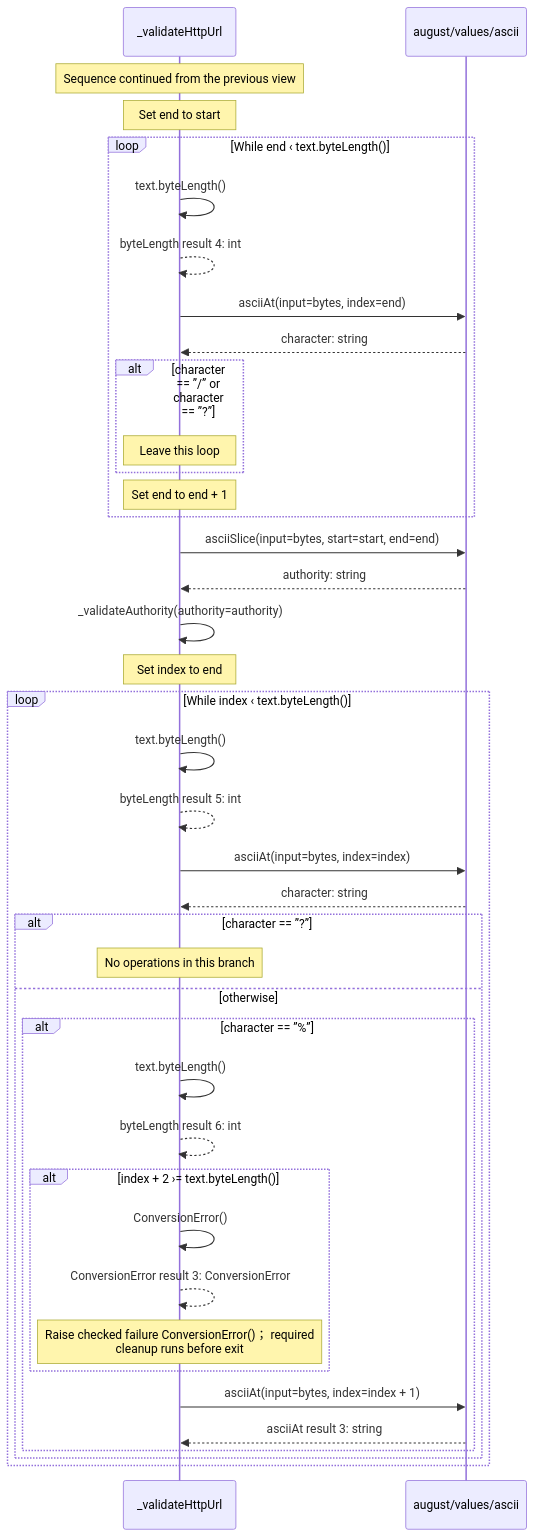
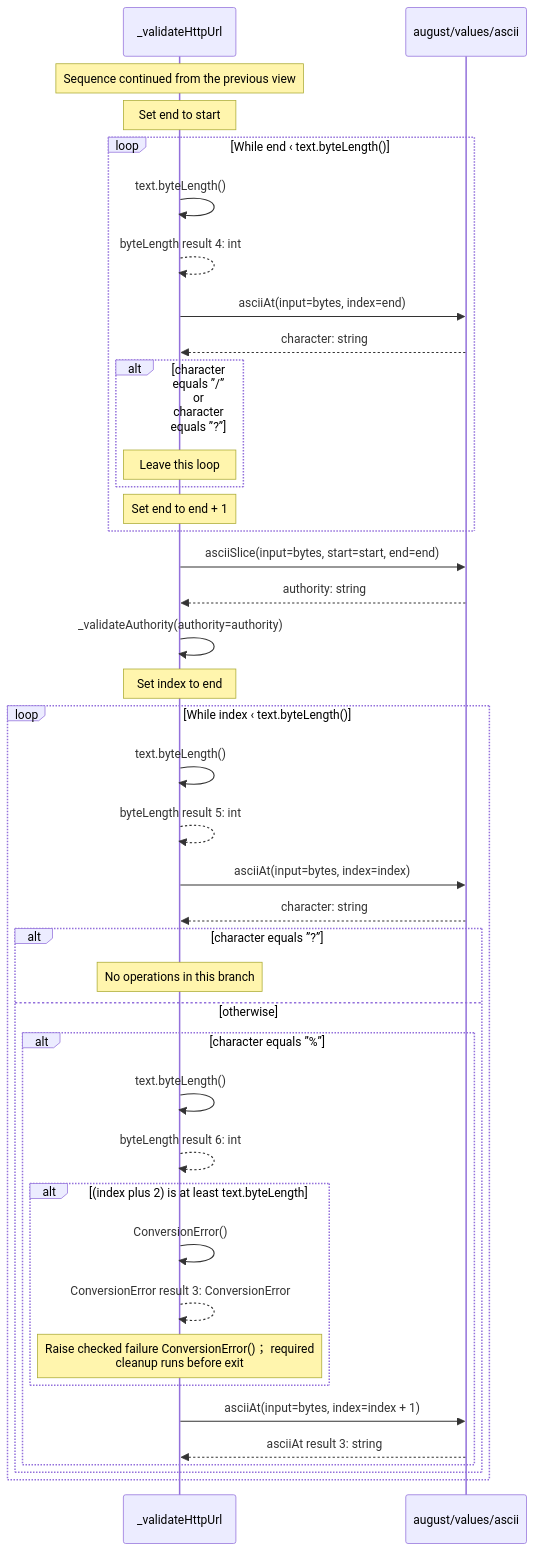
Before and after one commit to GreenPandaStudios/augscript: the seventh of 13 diagrams in src/stdlib/values/urls.aug.diagrams.md, drawn with Mermaid. The commit also changed other lines of this file and 658 other files, not shown here.

````diff
--- a/src/stdlib/values/urls.aug.diagrams.md
+++ b/src/stdlib/values/urls.aug.diagrams.md
@@ -141,42 +164,42 @@
 ```mermaid
 sequenceDiagram
     participant p0 as _validateHttpUrl
     participant p1 as august/values/ascii
     Note over p0: Sequence continued from the previous view
     Note over p0: Set end to start
     loop While end ‹ text.byteLength()
     p0->>p0: text.byteLength()
     p0-->>p0: byteLength result 4: int
     p0->>p1: asciiAt(input=bytes, index=end)
     p1-->>p0: character: string
-    alt character == ”/” or character == ”?”
+    alt character equals ”/” or character equals ”?”
     Note over p0: Leave this loop
     end
     Note over p0: Set end to end + 1
     end
     p0->>p1: asciiSlice(input=bytes, start=start, end=end)
     p1-->>p0: authority: string
     p0->>p0: _validateAuthority(authority=authority)
     Note over p0: Set index to end
     loop While index ‹ text.byteLength()
     p0->>p0: text.byteLength()
     p0-->>p0: byteLength result 5: int
     p0->>p1: asciiAt(input=bytes, index=index)
     p1-->>p0: character: string
-    alt character == ”?”
+    alt character equals ”?”
     Note over p0: No operations in this branch
     else otherwise
-    alt character == ”%”
+    alt character equals ”%”
     p0->>p0: text.byteLength()
     p0-->>p0: byteLength result 6: int
-    alt index + 2 ›= text.byteLength()
+    alt (index plus 2) is at least text.byteLength
     p0->>p0: ConversionError()
     p0-->>p0: ConversionError result 3: ConversionError
     Note over p0: Raise checked failure ConversionError()； required<br/>cleanup runs before exit
     end
     p0->>p1: asciiAt(input=bytes, index=index + 1)
     p1-->>p0: asciiAt result 3: string
     end
     end
     end
 ```
````
